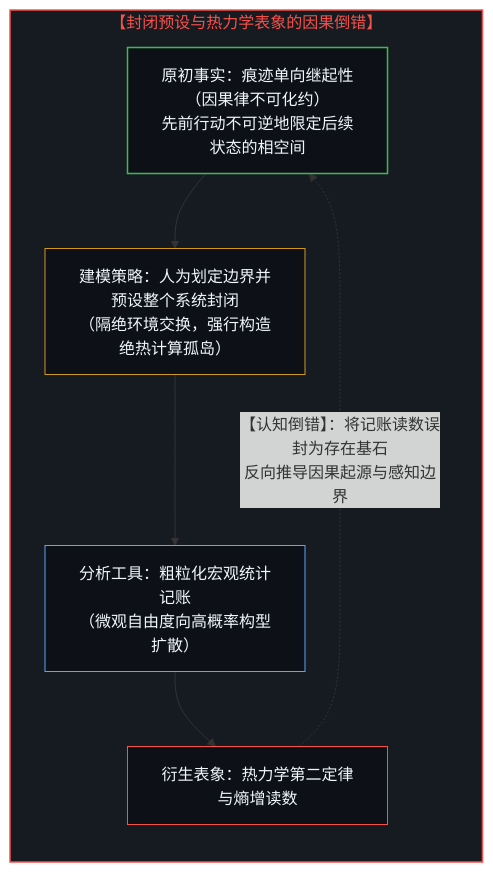
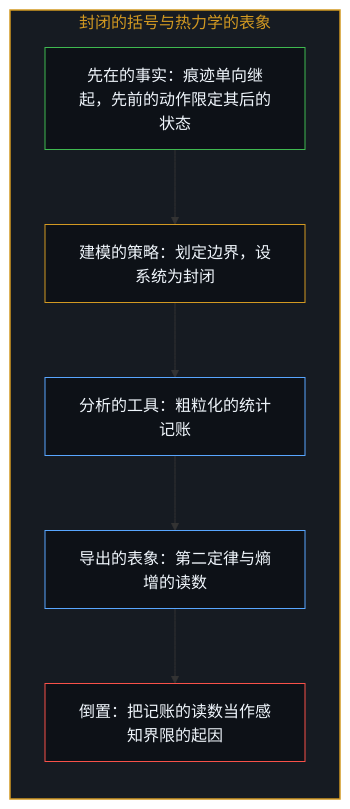
Before and after one commit to powerpig99/not-a-toe: the fifth of 8 diagrams in content/posts/the-boundary-of-perception-and-the-infinity-of-understanding.md, drawn with Mermaid. The commit also changed other lines of this file and 2 other files, not shown here.

Commit message:
Refine the-boundary-of-perception-and-the-infinity-of-understanding: every paragraph in both languages, four paired diagrams, the boundary as the trace of pointing, implicit first person

````diff
--- a/content/posts/the-boundary-of-perception-and-the-infinity-of-understanding.md
+++ b/content/posts/the-boundary-of-perception-and-the-infinity-of-understanding.md
@@ -111,16 +155,22 @@
 ```mermaid
-graph TD
-    subgraph S_ThermoDemystified ["【封闭预设与热力学表象的因果倒错】"]
+flowchart TD
+    subgraph S_Thermo["封闭的括号与热力学的表象"]
         direction TB
-        T1["原初事实：痕迹单向继起性（因果律不可化约）<br/>先前行动不可逆地限定后续状态的相空间"] --> T2["建模策略：人为划定边界并预设整个系统封闭<br/>（隔绝环境交换，强行构造绝热计算孤岛）"]
-        T2 --> T3["分析工具：粗粒化宏观统计记账<br/>（微观自由度向高概率构型扩散）"]
-        T3 --> T4["衍生表象：热力学第二定律与熵增读数"]
-        T4 -. "【认知倒错】：将记账读数误封为存在基石<br/>反向推导因果起源与感知边界" .-> T1
+        Prior["先在的事实：痕迹单向继起，先前的动作限定其后的状态"]
+        Closed["建模的策略：划定边界，设系统为封闭"]
+        Coarse["分析的工具：粗粒化的统计记账"]
+        Second["导出的表象：第二定律与熵增的读数"]
+        Invert["倒置：把记账的读数当作感知界限的起因"]
+        Prior --> Closed
+        Closed --> Coarse
+        Coarse --> Second
+        Second --> Invert
     end
 
-    style S_ThermoDemystified fill:#161b22,stroke:#f85149,stroke-width:1.5px,color:#f85149
-    style T1 fill:#0d1117,stroke:#3fb950,stroke-width:1.5px,color:#f0f6fc
-    style T2 fill:#0d1117,stroke:#d29922,stroke-width:1px,color:#f0f6fc
-    style T3 fill:#0d1117,stroke:#58a6ff,stroke-width:1px,color:#f0f6fc
-    style T4 fill:#0d1117,stroke:#f85149,stroke-width:1px,color:#f0f6fc
+    style S_Thermo fill:#161b22,stroke:#d29922,stroke-width:1.5px,color:#d29922
+    style Prior fill:#0d1117,stroke:#3fb950,stroke-width:1px,color:#f0f6fc
+    style Closed fill:#0d1117,stroke:#d29922,stroke-width:1px,color:#f0f6fc
+    style Coarse fill:#0d1117,stroke:#58a6ff,stroke-width:1px,color:#f0f6fc
+    style Second fill:#0d1117,stroke:#58a6ff,stroke-width:1px,color:#f0f6fc
+    style Invert fill:#0d1117,stroke:#f85149,stroke-width:1px,color:#f0f6fc
 ```
````
